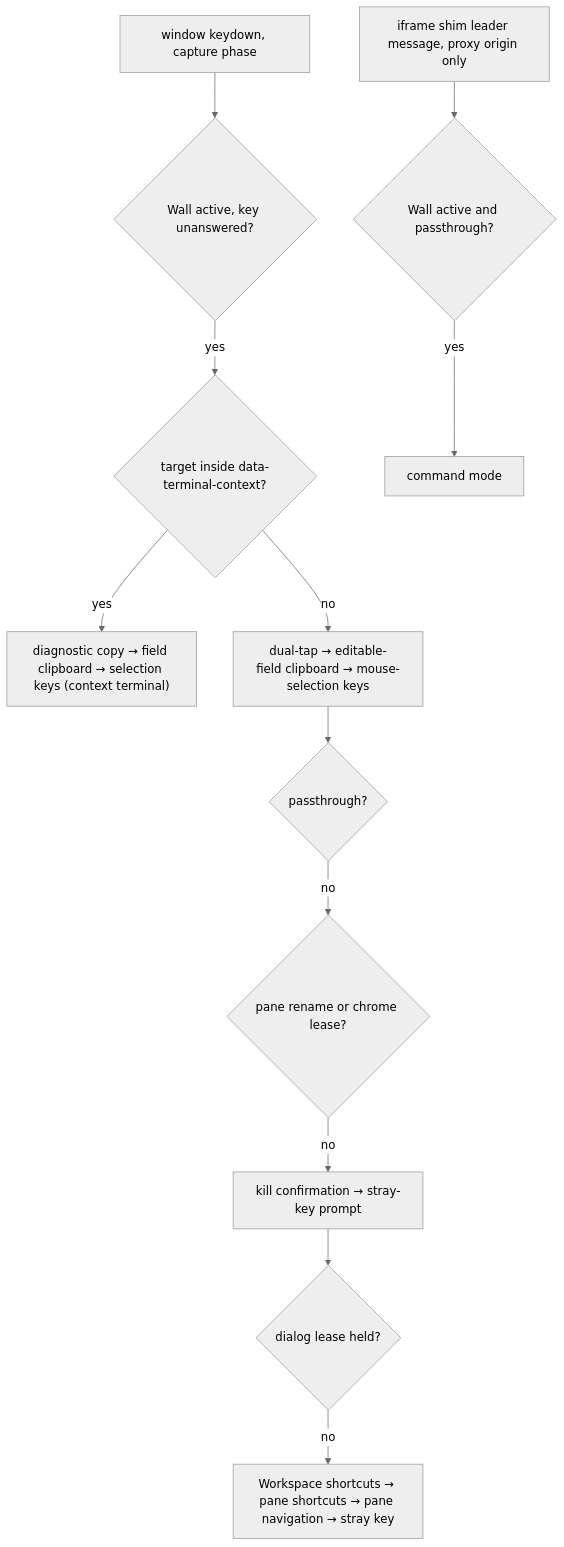
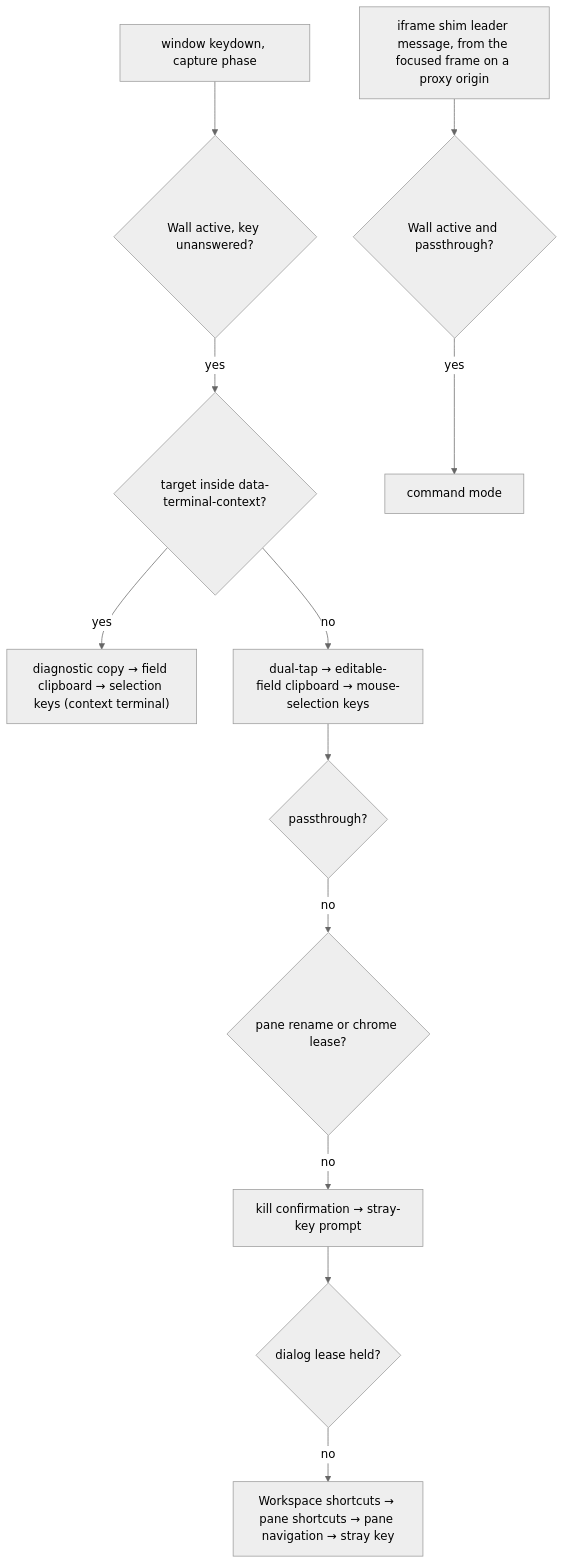
The first of 2 diagrams in docs/specs/layout.md (diffplug/dormouse), drawn with Mermaid (neutral theme) before and after one commit. The commit also changed 11 other files, not shown here.

First line of the commit message:
Take a frame's leader chord only from the frame holding focus

````diff
--- a/docs/specs/layout.md
+++ b/docs/specs/layout.md
@@ -229,14 +229,14 @@
 ```mermaid
 flowchart TD
   K["window keydown, capture phase"] --> A{"Wall active, key unanswered?"}
   A -- yes --> X{"target inside data-terminal-context?"}
   X -- yes --> X1["diagnostic copy → field clipboard → selection keys (context terminal)"]
   X -- no --> D["dual-tap → editable-field clipboard → mouse-selection keys"]
   D --> P{"passthrough?"}
   P -- no --> R{"pane rename or chrome lease?"}
   R -- no --> KC["kill confirmation → stray-key prompt"]
   KC --> DL{"dialog lease held?"}
   DL -- no --> W["Workspace shortcuts → pane shortcuts → pane navigation → stray key"]
-  M["iframe shim leader message, proxy origin only"] --> MA{"Wall active and passthrough?"}
+  M["iframe shim leader message, from the focused frame on a proxy origin"] --> MA{"Wall active and passthrough?"}
   MA -- yes --> CM["command mode"]
 ```
````
